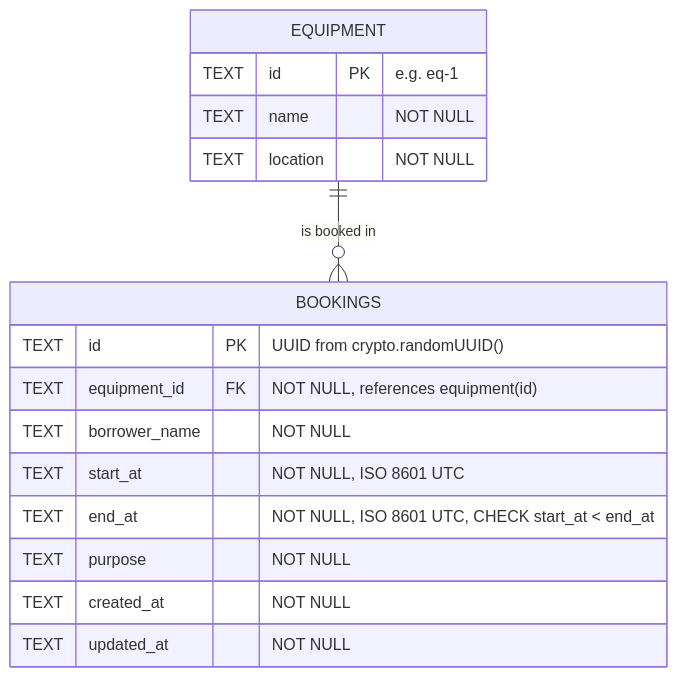
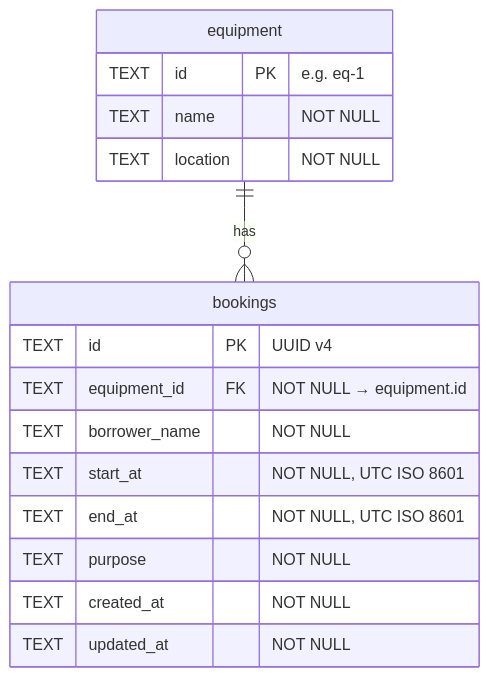
Before and after one commit to 6731503083-pablo/equipment-booking-api: the diagram in SCHEMA.md, drawn with Mermaid. The commit also changed other lines of this file, not shown here.

Commit message:
SCHEMA.md: standard ERD, data dictionary, constraints, indexes

````diff
--- a/SCHEMA.md
+++ b/SCHEMA.md
@@ -5,19 +17,21 @@
 ```mermaid
 erDiagram
-    EQUIPMENT ||--o{ BOOKINGS : "is booked in"
-    EQUIPMENT {
+    equipment ||--o{ bookings : "has"
+
+    equipment {
         TEXT id PK "e.g. eq-1"
         TEXT name "NOT NULL"
         TEXT location "NOT NULL"
     }
-    BOOKINGS {
-        TEXT id PK "UUID from crypto.randomUUID()"
-        TEXT equipment_id FK "NOT NULL, references equipment(id)"
+
+    bookings {
+        TEXT id PK "UUID v4"
+        TEXT equipment_id FK "NOT NULL → equipment.id"
         TEXT borrower_name "NOT NULL"
-        TEXT start_at "NOT NULL, ISO 8601 UTC"
-        TEXT end_at "NOT NULL, ISO 8601 UTC, CHECK start_at < end_at"
+        TEXT start_at "NOT NULL, UTC ISO 8601"
+        TEXT end_at "NOT NULL, UTC ISO 8601"
         TEXT purpose "NOT NULL"
         TEXT created_at "NOT NULL"
         TEXT updated_at "NOT NULL"
     }
 ```
````
